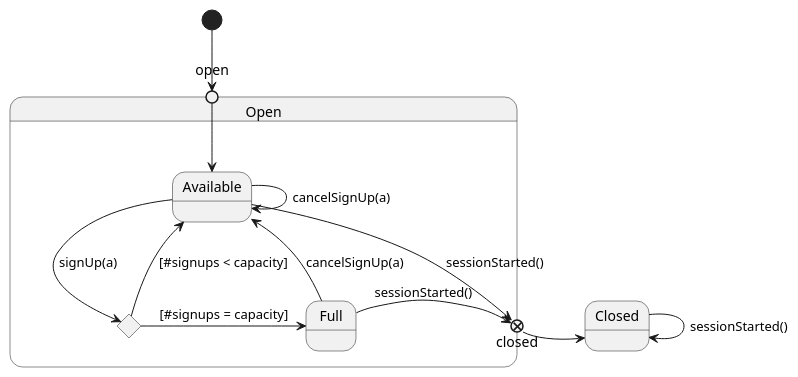
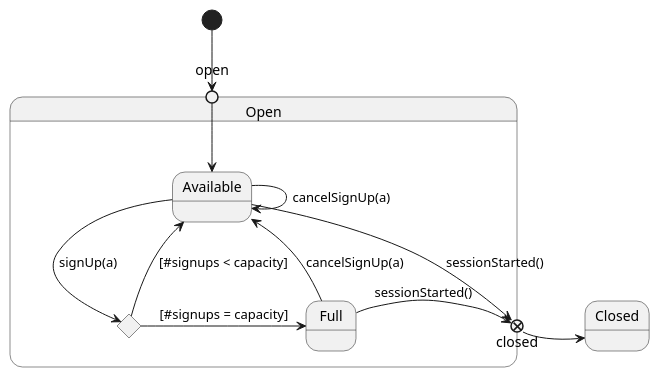
Before and after one commit to npryce/learn-you-a-kotlin: the second of 3 diagrams in INSTRUCTIONS.part4.md, drawn with PlantUML. The commit also changed other lines of this file, not shown here.

```diff
--- a/INSTRUCTIONS.part4.md
+++ b/INSTRUCTIONS.part4.md
@@ -373,22 +373,21 @@
 ~~~plantuml
 
 state Open {
     state choice <<choice>>
     state closed <<exitPoint>>
     state open <<entryPoint>>
     
     open -down-> Available
     Available -down-> Available : cancelSignUp(a)
     Available -right-> choice : signUp(a)
     choice -right-> Full : [#signups = capacity]
     choice -up-> Available : [#signups < capacity]
     Full -left-> Available : cancelSignUp(a)
     
     Available -> closed : sessionStarted()
     Full -> closed : sessionStarted()
 }
 
 [*] -down-> open
 closed -> Closed
-Closed -> Closed : sessionStarted()
-~~~
+ ~~~
```
